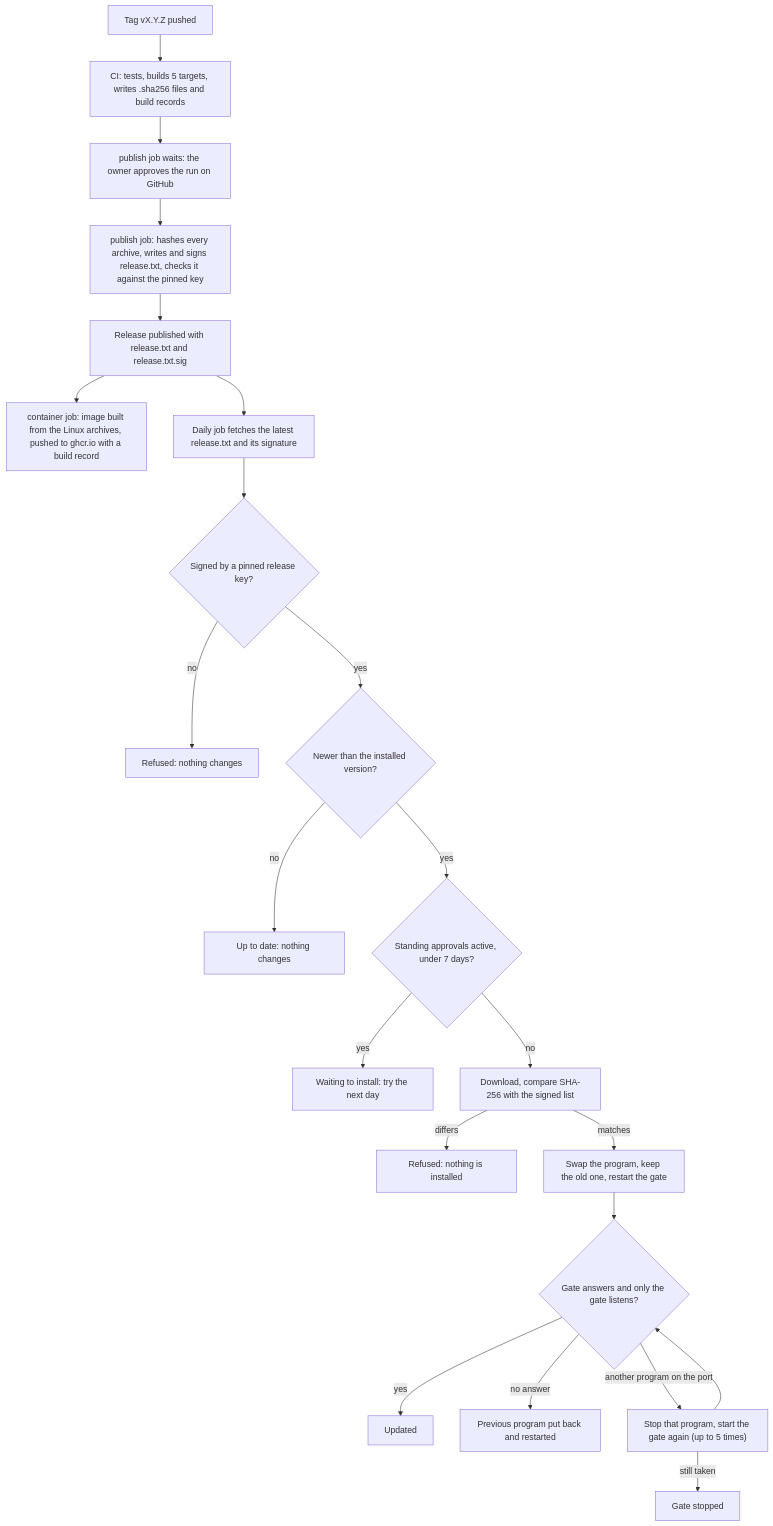
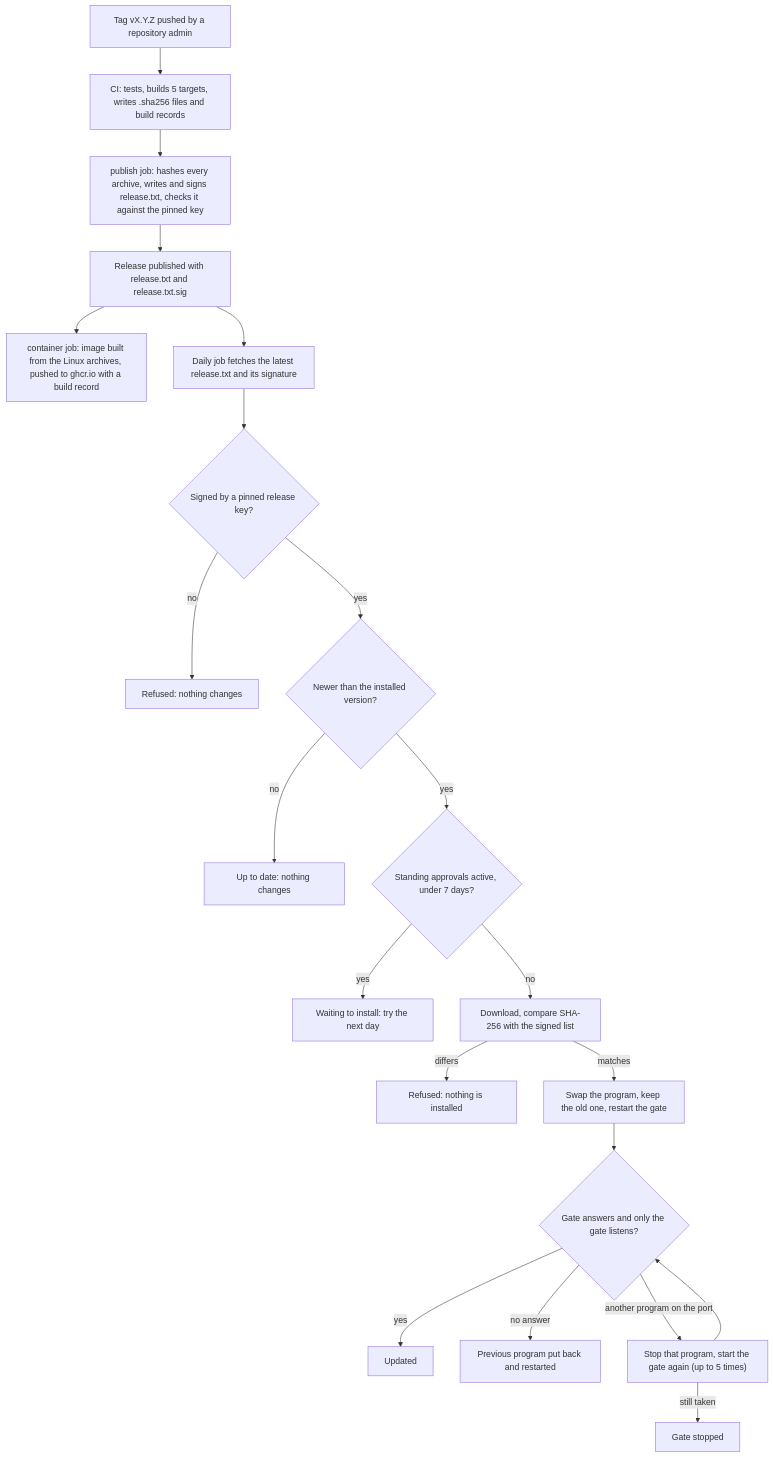
The fourth of 4 diagrams in docs/architecture.md (Phygital-Key/phygital-key), drawn with Mermaid before and after one commit. The commit also changed other lines of this file and 21 other files, not shown here.

````diff
--- a/docs/architecture.md
+++ b/docs/architecture.md
@@ -314,24 +314,23 @@
 ```mermaid
 flowchart TD
-    T["Tag vX.Y.Z pushed"] --> B["CI: tests, builds 5 targets, writes .sha256 files and build records"]
-    B --> A["publish job waits: the owner approves the run on GitHub"]
-    A --> S["publish job: hashes every archive, writes and signs release.txt, checks it against the pinned key"]
+    T["Tag vX.Y.Z pushed by a repository admin"] --> B["CI: tests, builds 5 targets, writes .sha256 files and build records"]
+    B --> S["publish job: hashes every archive, writes and signs release.txt, checks it against the pinned key"]
     S --> P["Release published with release.txt and release.txt.sig"]
     P --> IMG["container job: image built from the Linux archives, pushed to ghcr.io with a build record"]
     P --> F["Daily job fetches the latest release.txt and its signature"]
     F --> K{"Signed by a pinned release key?"}
     K -- no --> R1["Refused: nothing changes"]
     K -- yes --> N{"Newer than the installed version?"}
     N -- no --> U["Up to date: nothing changes"]
     N -- yes --> SA{"Standing approvals active, under 7 days?"}
     SA -- yes --> WT["Waiting to install: try the next day"]
     SA -- no --> H["Download, compare SHA-256 with the signed list"]
     H -- "differs" --> R2["Refused: nothing is installed"]
     H -- "matches" --> W["Swap the program, keep the old one, restart the gate"]
     W --> C{"Gate answers and only the gate listens?"}
     C -- yes --> OK["Updated"]
     C -- "no answer" --> BACK["Previous program put back and restarted"]
     C -- "another program on the port" --> KILL["Stop that program, start the gate again (up to 5 times)"]
     KILL --> C
     KILL -- "still taken" --> STOP["Gate stopped"]
 ```
````
